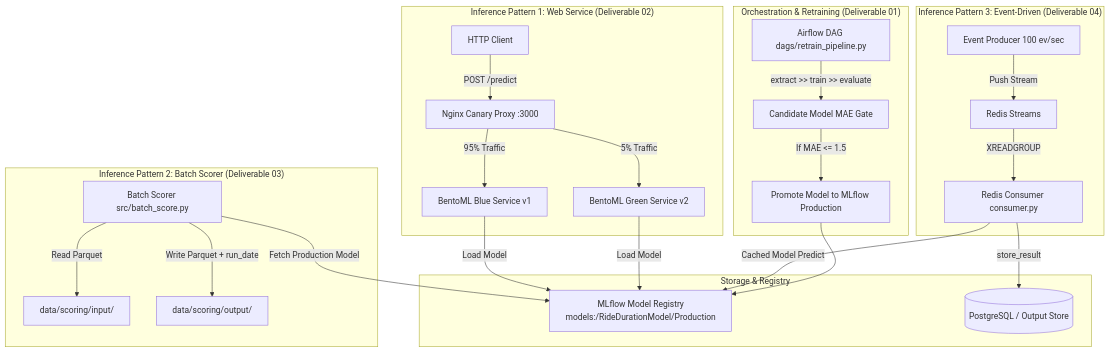
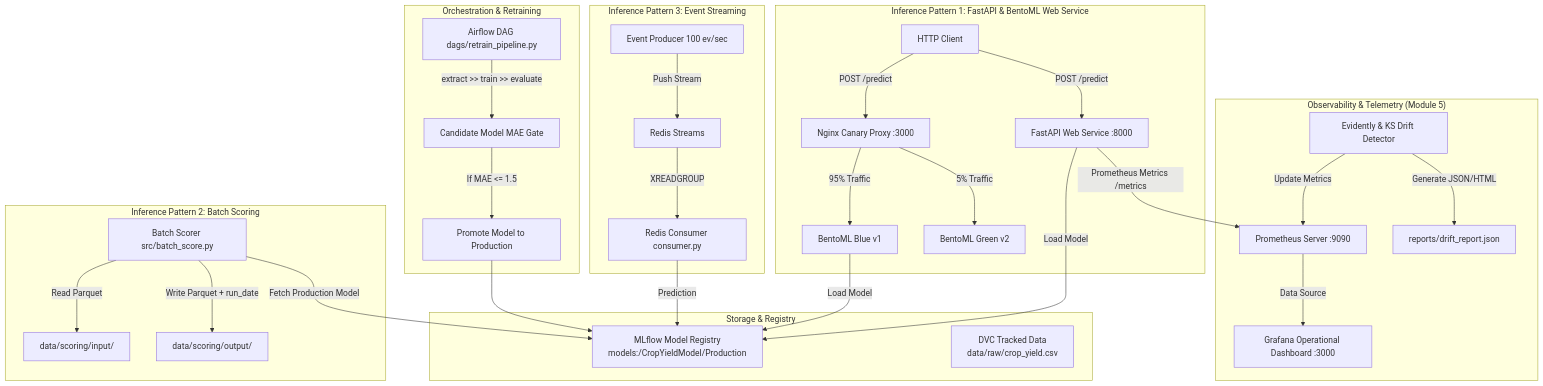
The diagram in README.md (amrkh2004/crop-yield-mlops), drawn with Mermaid before and after one commit. The commit also changed other lines of this file and 14 other files, not shown here.

Commit message:
feat(module-5): add Prometheus metrics, Grafana dashboard, and Evidently data drift detector

````diff
--- a/README.md
+++ b/README.md
@@ -16,34 +37,41 @@
 ```mermaid
 graph TD
     subgraph Storage & Registry
-        M[MLflow Model Registry<br>models:/RideDurationModel/Production]
-        DB[(PostgreSQL / Output Store)]
+        M[MLflow Model Registry<br>models:/CropYieldModel/Production]
+        DVC[DVC Tracked Data<br>data/raw/crop_yield.csv]
     end
 
-    subgraph "Inference Pattern 1: Web Service (Deliverable 02)"
-        C[HTTP Client] -->|POST /predict| N[Nginx Canary Proxy :3000]
-        N -->|95% Traffic| B1[BentoML Blue Service v1]
-        N -->|5% Traffic| B2[BentoML Green Service v2]
+    subgraph "Inference Pattern 1: FastAPI & BentoML Web Service"
+        C[HTTP Client] -->|POST /predict| API[FastAPI Web Service :8000]
+        C -->|POST /predict| NGINX[Nginx Canary Proxy :3000]
+        NGINX -->|95% Traffic| B1[BentoML Blue v1]
+        NGINX -->|5% Traffic| B2[BentoML Green v2]
+        API -->|Load Model| M
         B1 -->|Load Model| M
-        B2 -->|Load Model| M
     end
 
-    subgraph "Inference Pattern 2: Batch Scorer (Deliverable 03)"
+    subgraph "Inference Pattern 2: Batch Scoring"
         BS[Batch Scorer src/batch_score.py] -->|Read Parquet| IN[data/scoring/input/]
         BS -->|Fetch Production Model| M
         BS -->|Write Parquet + run_date| OUT[data/scoring/output/]
     end
 
-    subgraph "Inference Pattern 3: Event-Driven (Deliverable 04)"
+    subgraph "Inference Pattern 3: Event Streaming"
         PROD[Event Producer 100 ev/sec] -->|Push Stream| REDIS[Redis Streams]
         REDIS -->|XREADGROUP| CONS[Redis Consumer consumer.py]
-        CONS -->|Cached Model Predict| M
-        CONS -->|store_result| DB
+        CONS -->|Prediction| M
     end
 
-    subgraph "Orchestration & Retraining (Deliverable 01)"
+    subgraph "Observability & Telemetry (Module 5)"
+        API -->|Prometheus Metrics /metrics| PROM[Prometheus Server :9090]
+        PROM -->|Data Source| GRAF[Grafana Operational Dashboard :3000]
+        DRIFT[Evidently & KS Drift Detector] -->|Update Metrics| PROM
+        DRIFT -->|Generate JSON/HTML| REP[reports/drift_report.json]
+    end
+
+    subgraph "Orchestration & Retraining"
         DAG[Airflow DAG dags/retrain_pipeline.py] -->|extract >> train >> evaluate| EXP[Candidate Model MAE Gate]
-        EXP -->|If MAE <= 1.5| PROM[Promote Model to MLflow Production]
-        PROM --> M
+        EXP -->|If MAE <= 1.5| PROM_MODEL[Promote Model to Production]
+        PROM_MODEL --> M
     end
 ```
````
